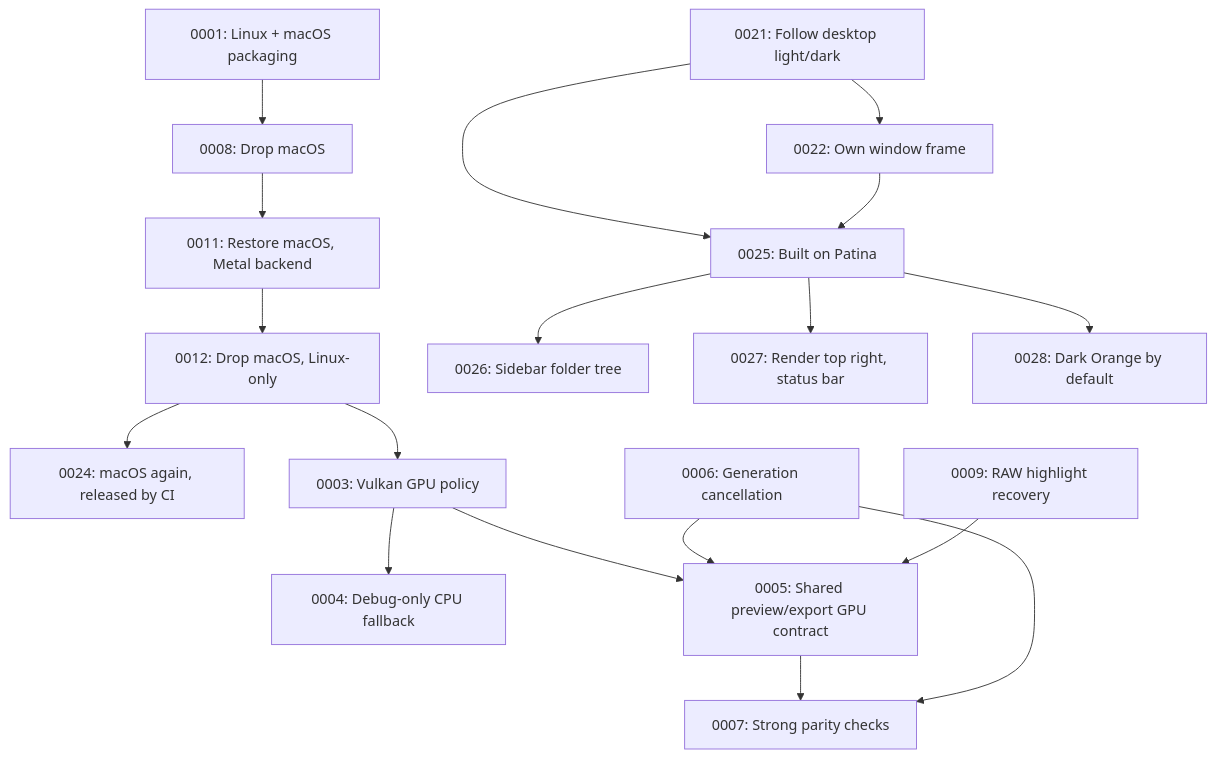
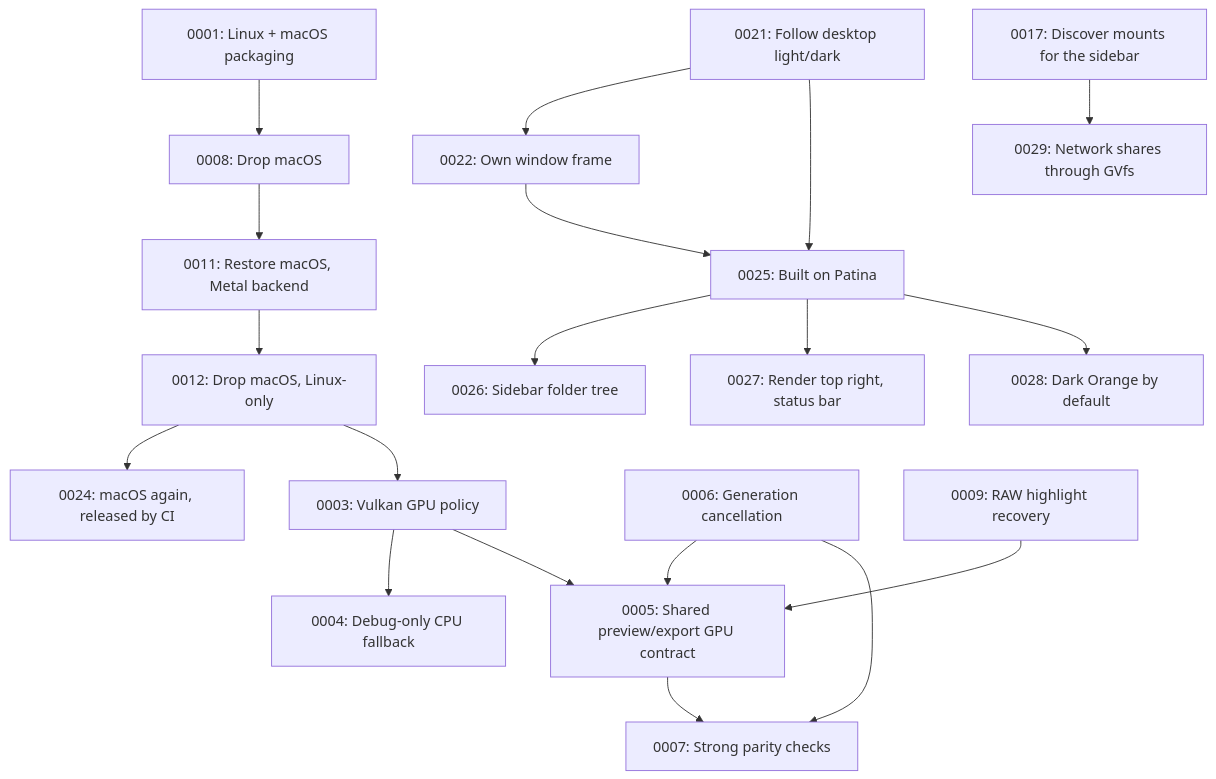
Before and after one commit to divanvisagie/Photograph: the diagram in docs/adr/README.md, drawn with Mermaid. The commit also changed other lines of this file and 12 other files, not shown here.

````diff
--- a/docs/adr/README.md
+++ b/docs/adr/README.md
@@ -72,20 +73,21 @@
 ```mermaid
 flowchart TD
     P1[0001: Linux + macOS packaging] --> P8[0008: Drop macOS]
     P8 --> P11[0011: Restore macOS, Metal backend]
     P11 --> P12[0012: Drop macOS, Linux-only]
     P12 --> P24[0024: macOS again, released by CI]
     P12 --> A[0003: Vulkan GPU policy]
     A --> B[0004: Debug-only CPU fallback]
     A --> C[0005: Shared preview/export GPU contract]
     C --> E[0007: Strong parity checks]
     D[0006: Generation cancellation] --> C
     D --> E
     F[0009: RAW highlight recovery] --> C
     T[0021: Follow desktop light/dark] --> W[0022: Own window frame]
     T --> PA[0025: Built on Patina]
     W --> PA
     PA --> TR[0026: Sidebar folder tree]
     PA --> SB[0027: Render top right, status bar]
     PA --> DO[0028: Dark Orange by default]
+    M17[0017: Discover mounts for the sidebar] --> N29[0029: Network shares through GVfs]
 ```
````
